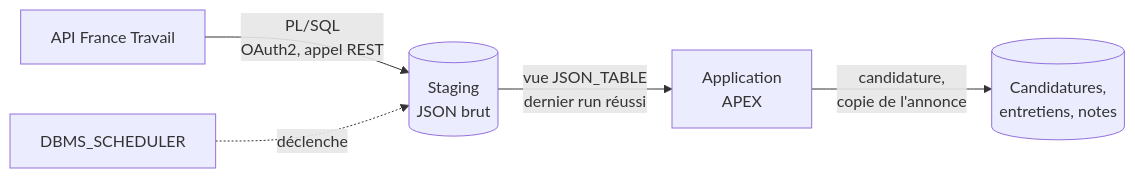
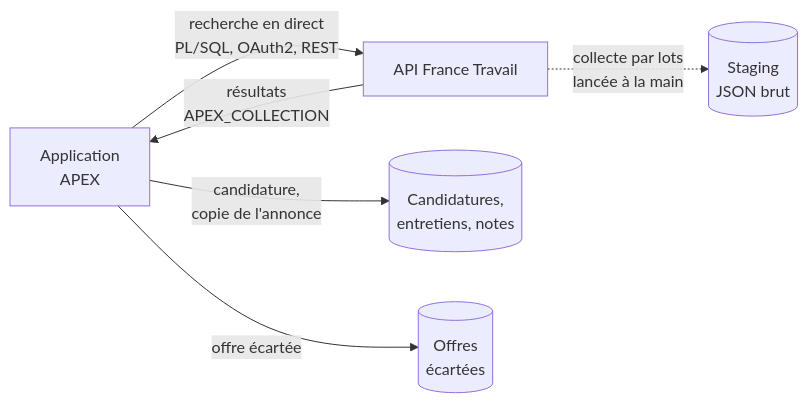
The diagram in README.md (NFleurentin/jobtracker), drawn with Mermaid before and after one commit. The commit also changed other lines of this file and 1 other file, not shown here.

````diff
--- a/README.md
+++ b/README.md
@@ -32,7 +32,8 @@
 ```mermaid
 flowchart LR
-    API[API France Travail] -->|PL/SQL<br/>OAuth2, appel REST| STG[(Staging<br/>JSON brut)]
-    SCHED[DBMS_SCHEDULER] -.->|déclenche| STG
-    STG -->|vue JSON_TABLE<br/>dernier run réussi| APP[Application<br/>APEX]
+    APP[Application<br/>APEX] -->|recherche en direct<br/>PL/SQL, OAuth2, REST| API[API France Travail]
+    API -->|résultats<br/>APEX_COLLECTION| APP
+    API -.->|collecte par lots<br/>lancée à la main| STG[(Staging<br/>JSON brut)]
     APP -->|candidature,<br/>copie de l'annonce| TRK[(Candidatures,<br/>entretiens, notes)]
+    APP -->|offre écartée| DIS[(Offres<br/>écartées)]
 ```
````
